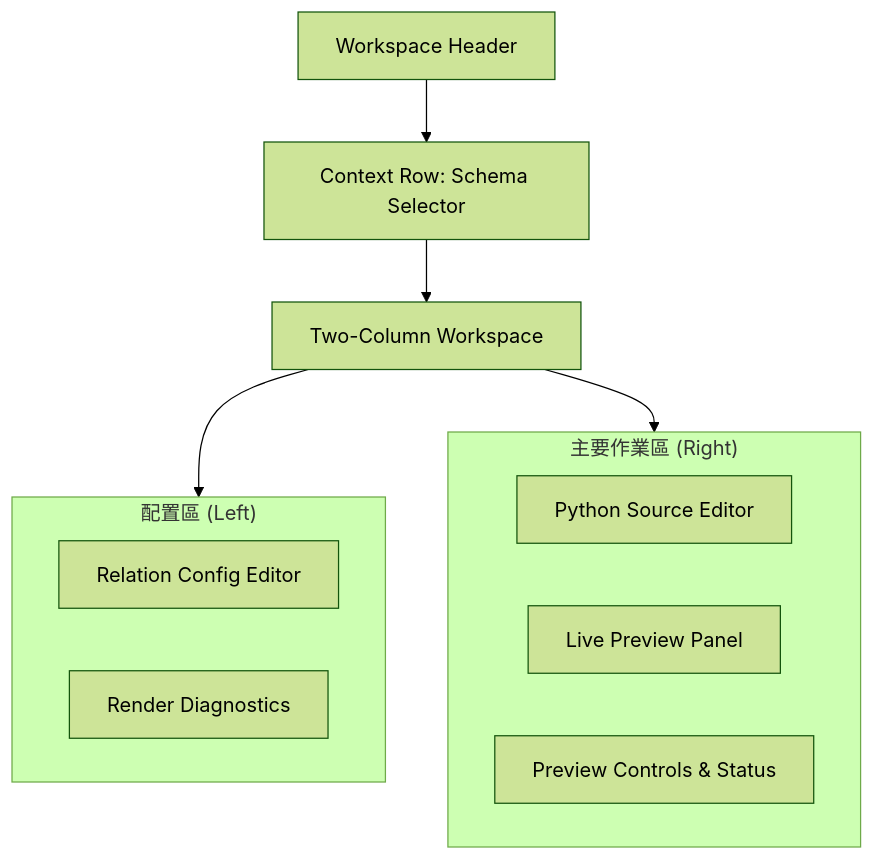
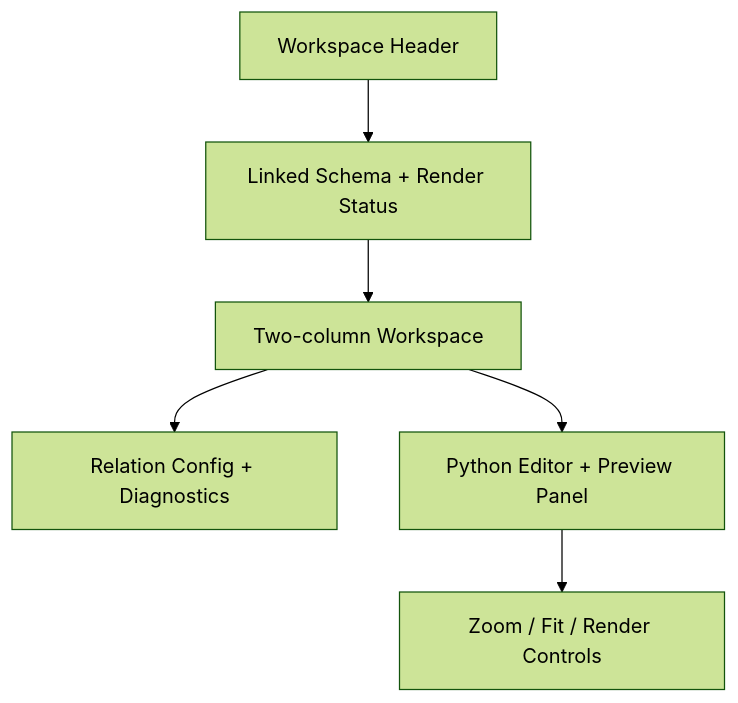
Before and after one commit to arfiligol/superconducting-circuits-tutorial: the diagram in docs/reference/app/frontend/research-workflow/schemdraw.md, drawn with Mermaid (forest theme). The commit also changed other lines of this file and 48 other files, not shown here.

````diff
--- a/docs/reference/app/frontend/research-workflow/schemdraw.md
+++ b/docs/reference/app/frontend/research-workflow/schemdraw.md
@@ -51,19 +46,8 @@
 ```mermaid
-graph TD
-    Header[Workspace Header] --> Row[Context Row: Schema Selector]
-    Row --> Workspace[Two-Column Workspace]
-    
-    subgraph Left_Column["配置區 (Left)"]
-        LC1[Relation Config Editor]
-        LC2[Render Diagnostics]
-    end
-    
-    subgraph Right_Column["主要作業區 (Right)"]
-        RC1[Python Source Editor]
-        RC2[Live Preview Panel]
-        RC3[Preview Controls & Status]
-    end
-    
-    Workspace --> Left_Column
-    Workspace --> Right_Column
+flowchart TD
+    Header["Workspace Header"] --> ContextRow["Linked Schema + Render Status"]
+    ContextRow --> Workspace["Two-column Workspace"]
+    Workspace --> Left["Relation Config + Diagnostics"]
+    Workspace --> Right["Python Editor + Preview Panel"]
+    Right --> PreviewControls["Zoom / Fit / Render Controls"]
 ```
````
